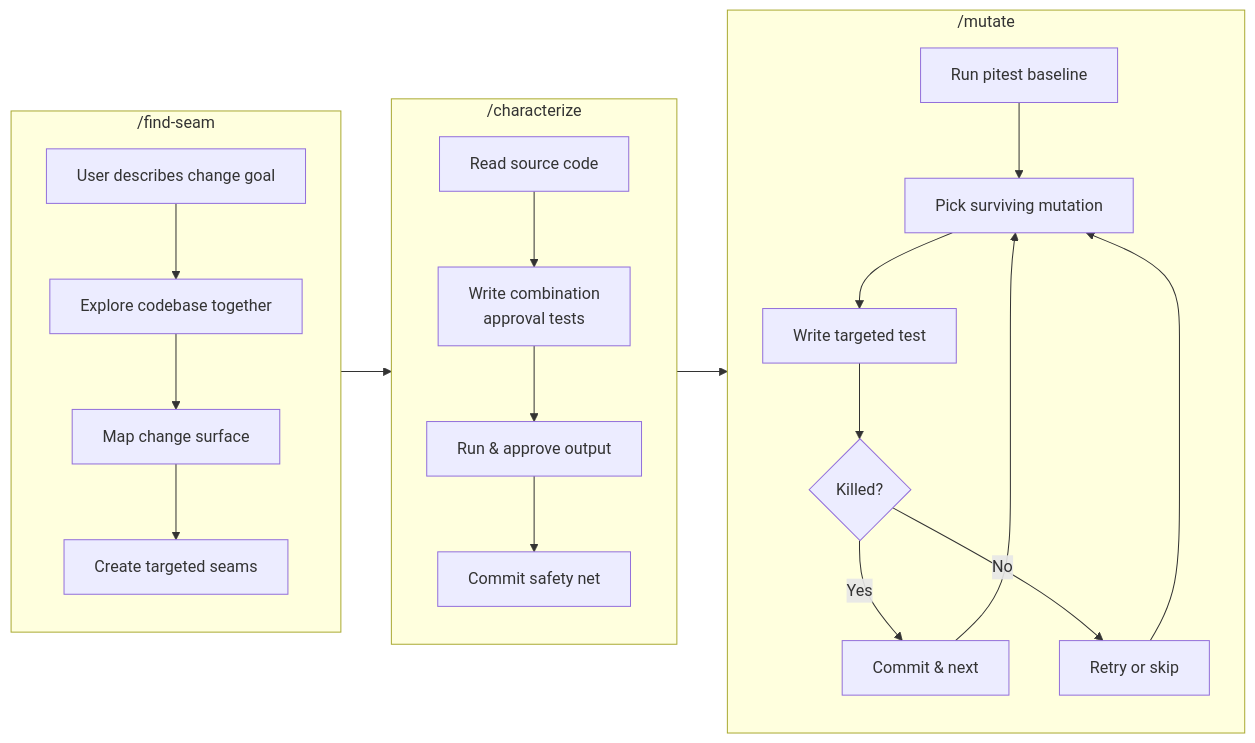
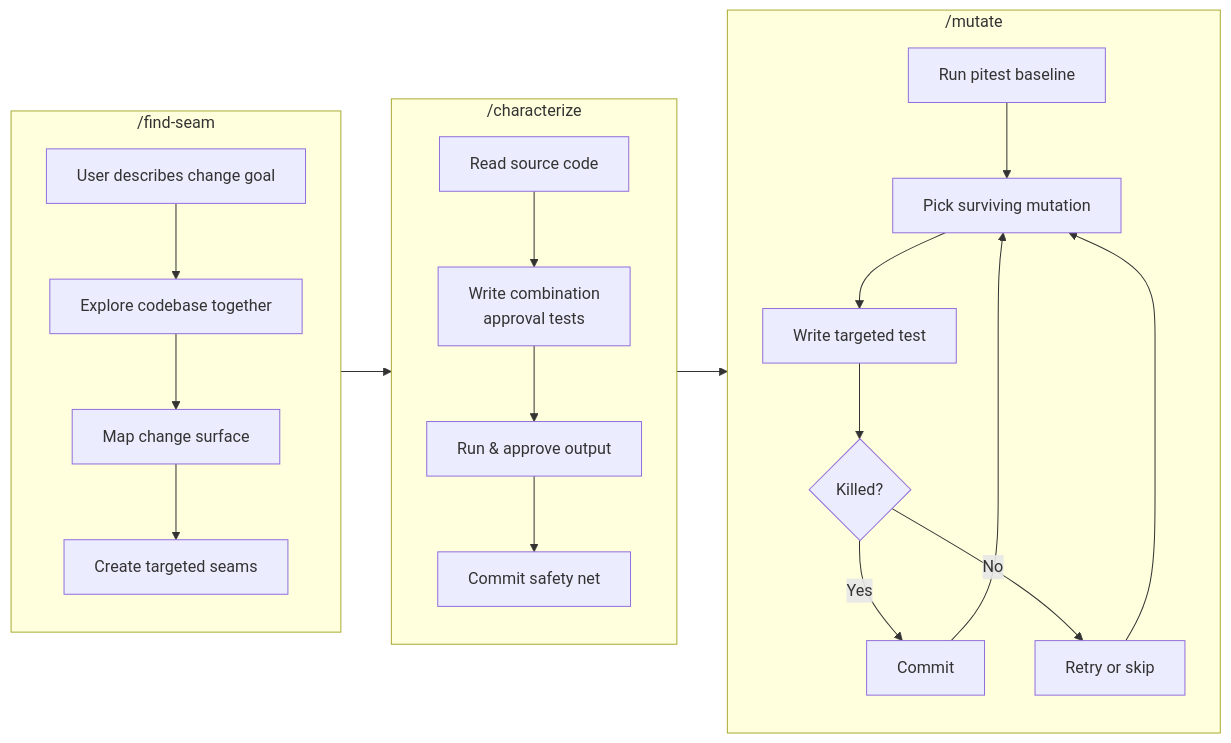
One commit to nymann/legacy-code-rescue changed the first of 2 diagrams in README.md. Above: the diagram before and after it, drawn with Mermaid.

Commit message:
docs: fix mutate flowchart layout to avoid overlapping lines

````diff
--- a/README.md
+++ b/README.md
@@ -5,26 +5,26 @@
 ```mermaid
 flowchart LR
     subgraph find-seam["/find-seam"]
         A1[User describes change goal] --> A2[Explore codebase together]
         A2 --> A3[Map change surface]
         A3 --> A4[Create targeted seams]
     end
 
     subgraph characterize["/characterize"]
         B1[Read source code] --> B2[Write combination<br/>approval tests]
         B2 --> B3[Run & approve output]
         B3 --> B4[Commit safety net]
     end
 
     subgraph mutate["/mutate"]
         C1[Run pitest baseline] --> C2[Pick surviving mutation]
         C2 --> C3[Write targeted test]
         C3 --> C4{Killed?}
-        C4 -- Yes --> C5[Commit & next]
+        C4 -- Yes --> C5[Commit]
+        C4 -- No --> C6[Retry or skip]
         C5 --> C2
-        C4 -- No --> C6[Retry or skip]
         C6 --> C2
     end
 
     find-seam --> characterize --> mutate
 ```
````
